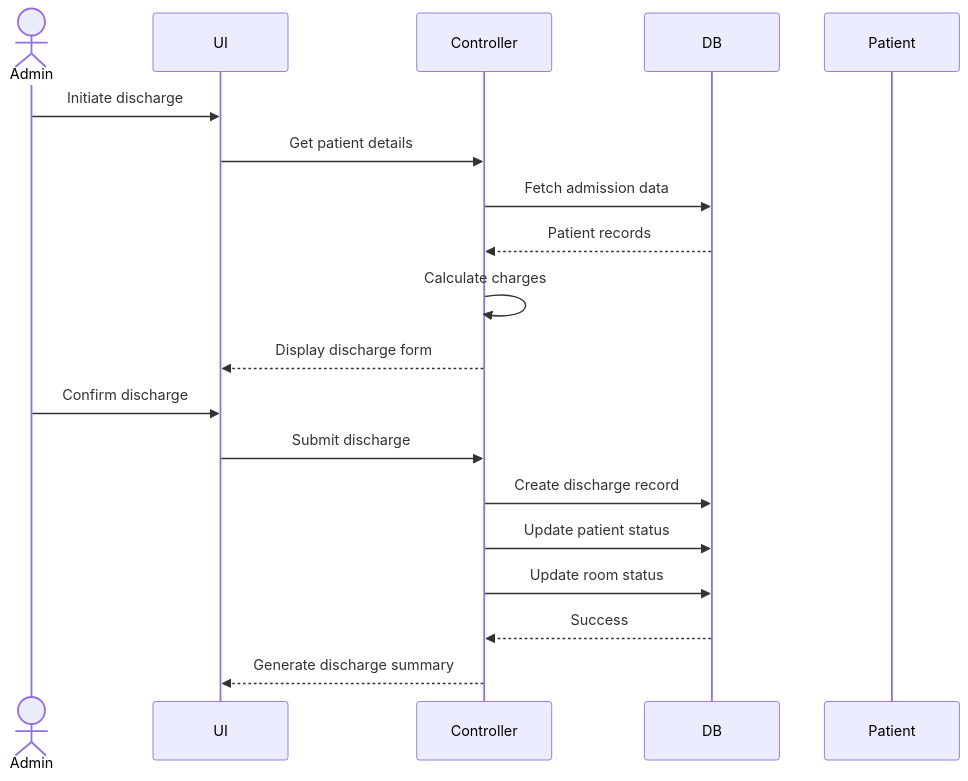
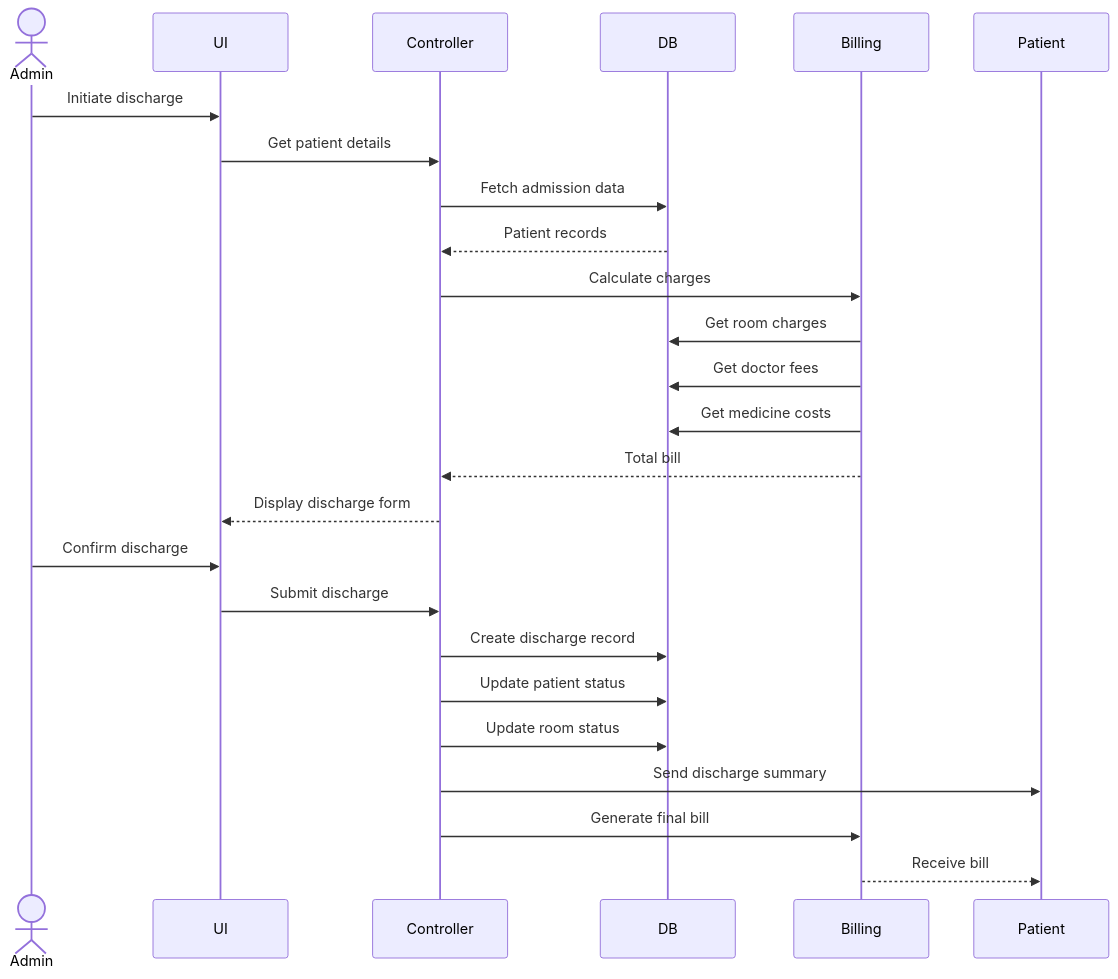
The fifth of 10 diagrams in docs/use-cases.md (SazPy/Hospital-Management), drawn with Mermaid before and after one commit. The commit also changed other lines of this file, not shown here.

````diff
--- a/docs/use-cases.md
+++ b/docs/use-cases.md
@@ -214,25 +379,32 @@
 ```mermaid
 sequenceDiagram
     actor Admin
     participant UI
     participant Controller
     participant DB
+    participant Billing
     participant Patient
 
     Admin->>UI: Initiate discharge
     UI->>Controller: Get patient details
     Controller->>DB: Fetch admission data
     DB-->>Controller: Patient records
     
-    Controller->>Controller: Calculate charges
+    Controller->>Billing: Calculate charges
+    Billing->>DB: Get room charges
+    Billing->>DB: Get doctor fees
+    Billing->>DB: Get medicine costs
+    Billing-->>Controller: Total bill
+    
     Controller-->>UI: Display discharge form
     Admin->>UI: Confirm discharge
     
     UI->>Controller: Submit discharge
     Controller->>DB: Create discharge record
     Controller->>DB: Update patient status
     Controller->>DB: Update room status
     
-    DB-->>Controller: Success
-    Controller-->>UI: Generate discharge summary
+    Controller->>Patient: Send discharge summary
+    Controller->>Billing: Generate final bill
+    Billing-->>Patient: Receive bill
 ```
````
